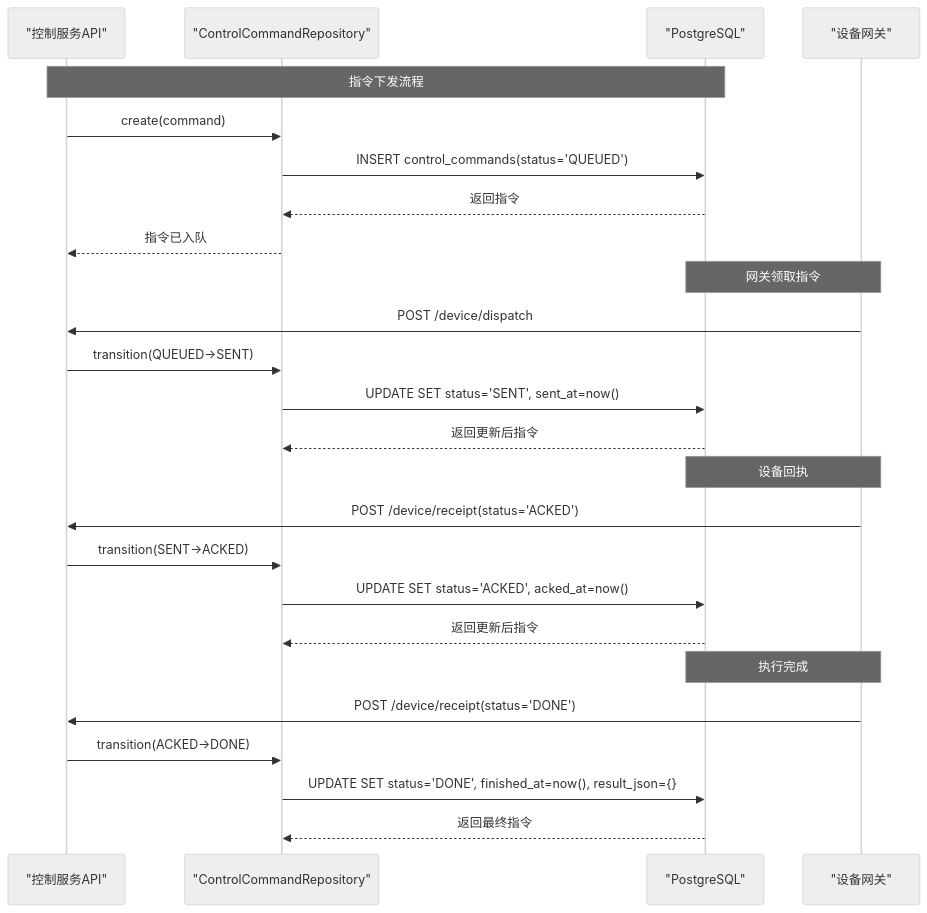
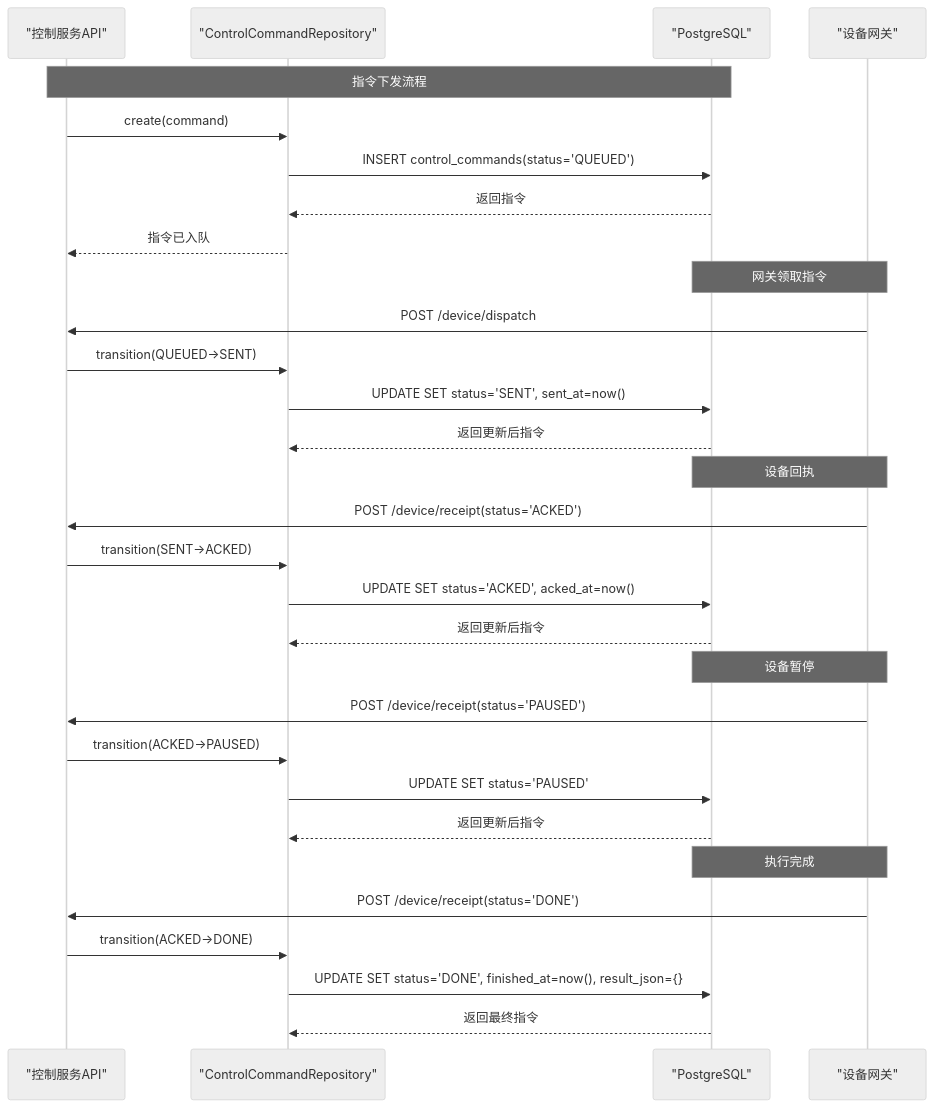
One commit to q446328246/agri-platform changed diagram 11 of 31 in .qoder/repowiki/zh/content/数据库设计/数据库设计.md. Above: the diagram before and after it, drawn with Mermaid (neutral theme). The commit also changed other lines of this file and 46 other files, not shown here.

````diff
--- a/.qoder/repowiki/zh/content/数据库设计/数据库设计.md
+++ b/.qoder/repowiki/zh/content/数据库设计/数据库设计.md
@@ -1298,27 +1384,32 @@
 ```mermaid
 sequenceDiagram
 participant API as "控制服务API"
 participant CR as "ControlCommandRepository"
 participant DB as "PostgreSQL"
 participant DEVICE as "设备网关"
 Note over API,DB : 指令下发流程
 API->>CR : create(command)
 CR->>DB : INSERT control_commands(status='QUEUED')
 DB-->>CR : 返回指令
 CR-->>API : 指令已入队
 Note over DEVICE,DB : 网关领取指令
 DEVICE->>API : POST /device/dispatch
 API->>CR : transition(QUEUED→SENT)
 CR->>DB : UPDATE SET status='SENT', sent_at=now()
 DB-->>CR : 返回更新后指令
 Note over DEVICE,DB : 设备回执
 DEVICE->>API : POST /device/receipt(status='ACKED')
 API->>CR : transition(SENT→ACKED)
 CR->>DB : UPDATE SET status='ACKED', acked_at=now()
 DB-->>CR : 返回更新后指令
+Note over DEVICE,DB : 设备暂停
+DEVICE->>API : POST /device/receipt(status='PAUSED')
+API->>CR : transition(ACKED→PAUSED)
+CR->>DB : UPDATE SET status='PAUSED'
+DB-->>CR : 返回更新后指令
 Note over DEVICE,DB : 执行完成
 DEVICE->>API : POST /device/receipt(status='DONE')
 API->>CR : transition(ACKED→DONE)
 CR->>DB : UPDATE SET status='DONE', finished_at=now(), result_json={}
 DB-->>CR : 返回最终指令
 ```
````
